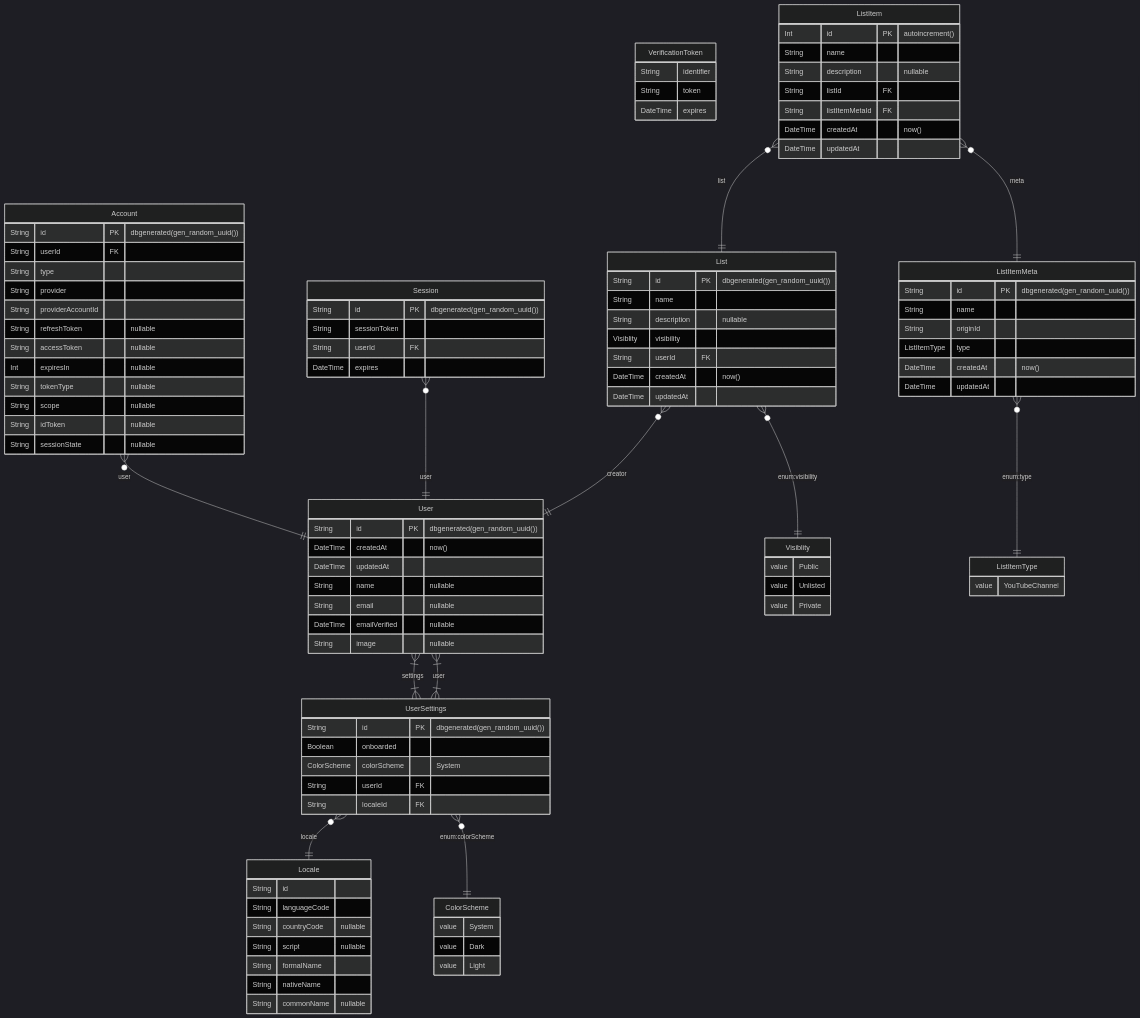
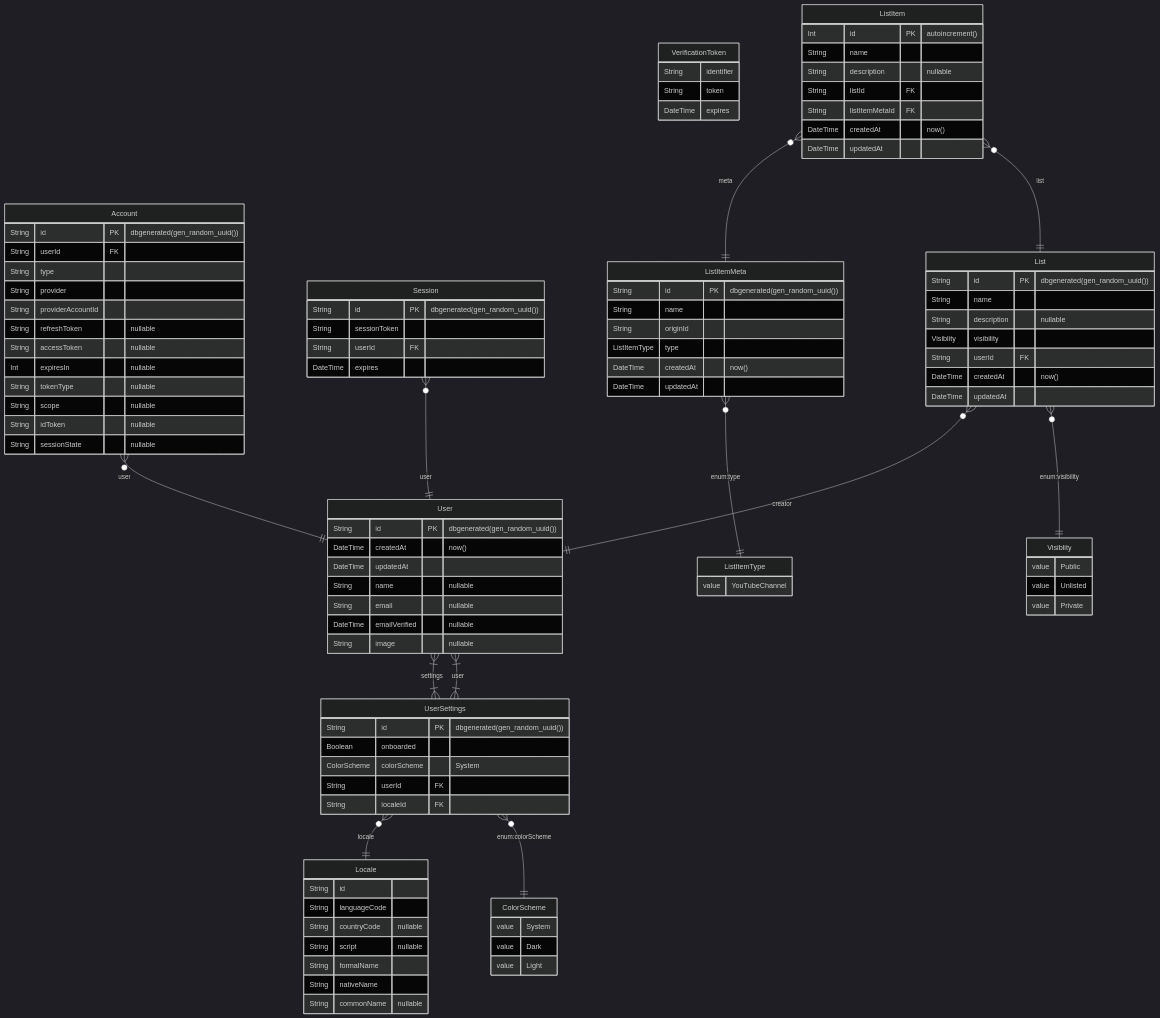
Before and after one commit to CodingGarden/listd: the diagram in prisma/ERD.md, drawn with Mermaid (dark theme). The commit also changed other lines of this file and 4 other files, not shown here.

````diff
--- a/prisma/ERD.md
+++ b/prisma/ERD.md
@@ -1,5 +1,18 @@
 ```mermaid
 erDiagram
+	ColorScheme {
+		value System
+		value Dark
+		value Light
+	}
+	Visiblity {
+		value Public
+		value Unlisted
+		value Private
+	}
+	ListItemType {
+		value YouTubeChannel
+	}
 	User {
 		String id PK  "dbgenerated(gen_random_uuid())"
 		DateTime createdAt  "now()"
@@ -76,19 +89,6 @@
 		DateTime createdAt  "now()"
 		DateTime updatedAt
 	}
-	ColorScheme {
-		value System
-		value Dark
-		value Light
-	}
-	Visiblity {
-		value Public
-		value Unlisted
-		value Private
-	}
-	ListItemType {
-		value YouTubeChannel
-	}
 	User }|--|{ UserSettings : settings
 	UserSettings }|--|{ User : user
 	UserSettings }o--|| Locale : locale
````
